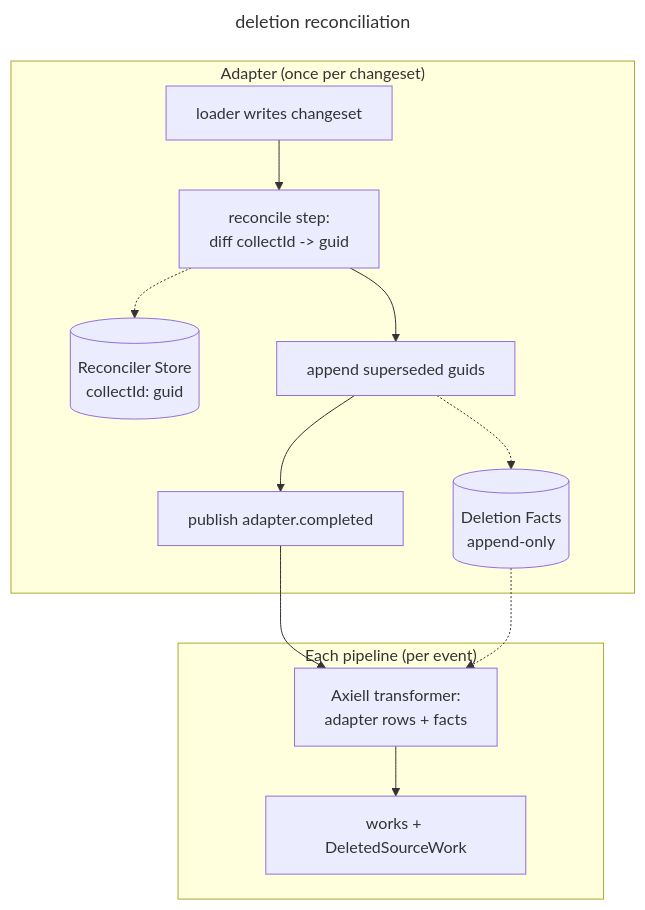
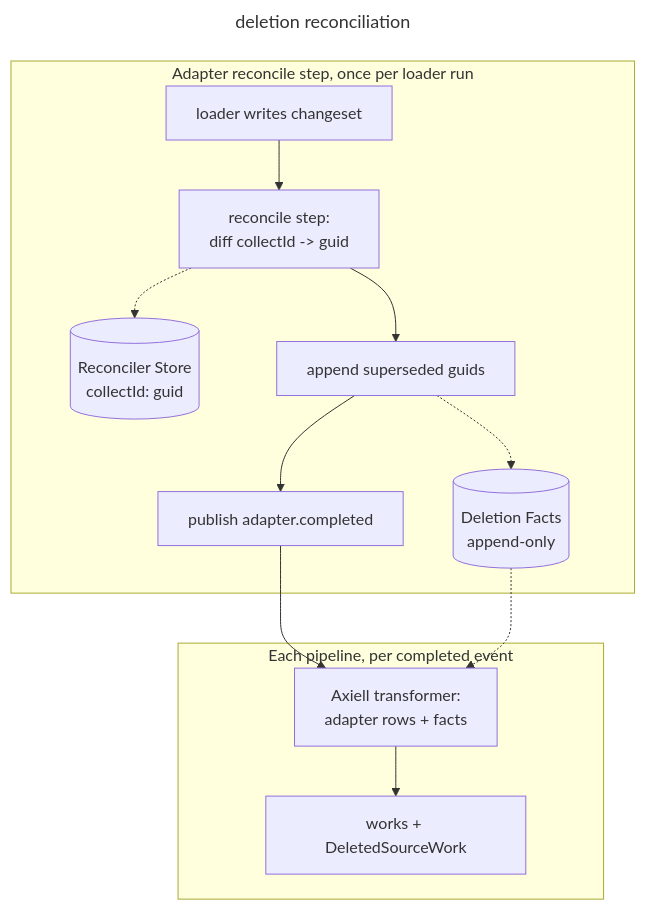
The diagram in catalogue_graph/src/adapters/transformers/README.md (wellcomecollection/catalogue-pipeline), drawn with Mermaid before and after one commit. The commit also changed other lines of this file and 3 other files, not shown here.

````diff
--- a/catalogue_graph/src/adapters/transformers/README.md
+++ b/catalogue_graph/src/adapters/transformers/README.md
@@ -185,20 +190,20 @@
 ```mermaid
 ---
 title: deletion reconciliation
 ---
 flowchart TD
-    subgraph adapter["Adapter (once per changeset)"]
+    subgraph adapter["Adapter reconcile step, once per loader run"]
         loader["loader writes changeset"] --> reconcile["reconcile step:<br/>diff collectId -> guid"]
         reconciler_store[(Reconciler Store<br/>collectId: guid)]
         reconcile -.-> reconciler_store
         reconcile --> facts["append superseded guids"]
         facts_table[(Deletion Facts<br/>append-only)]
         facts -.-> facts_table
         facts --> publish["publish adapter.completed"]
     end
-    subgraph pipeline["Each pipeline (per event)"]
+    subgraph pipeline["Each pipeline, per completed event"]
         transform["Axiell transformer:<br/>adapter rows + facts"] --> works["works + DeletedSourceWork"]
     end
     publish --> transform
     facts_table -.-> transform
 ```
````
